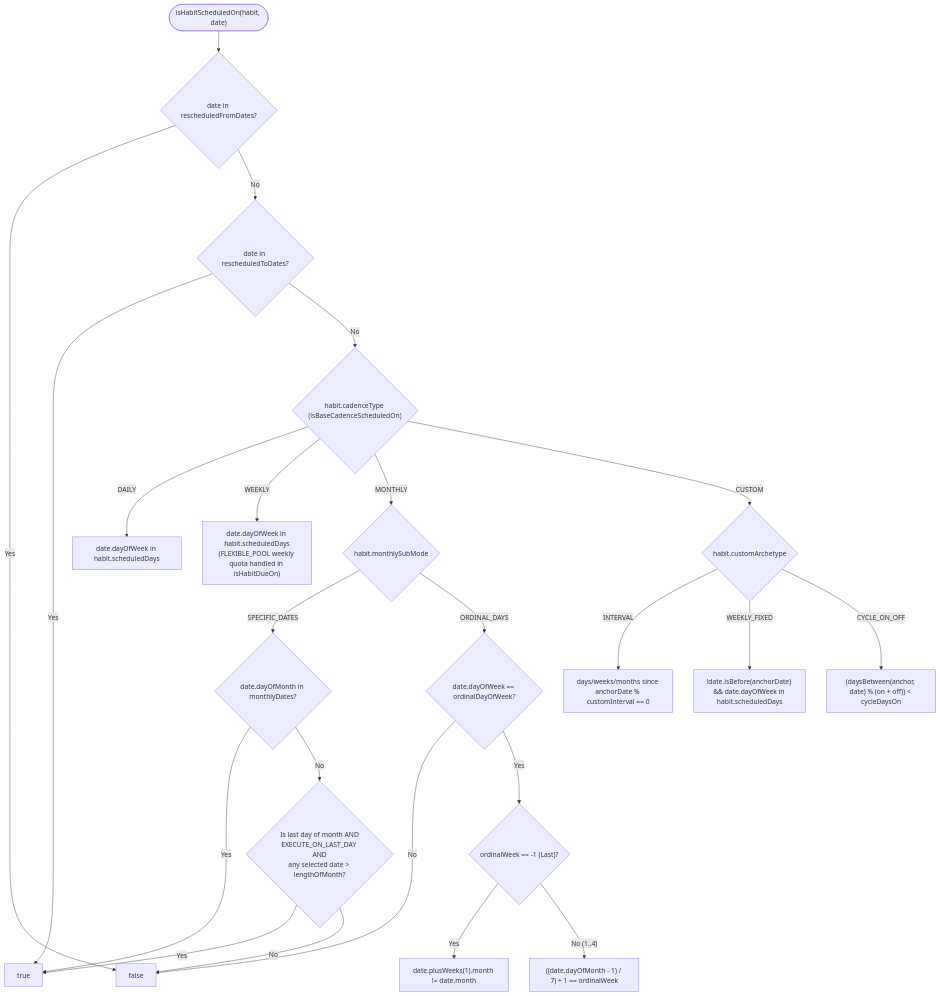
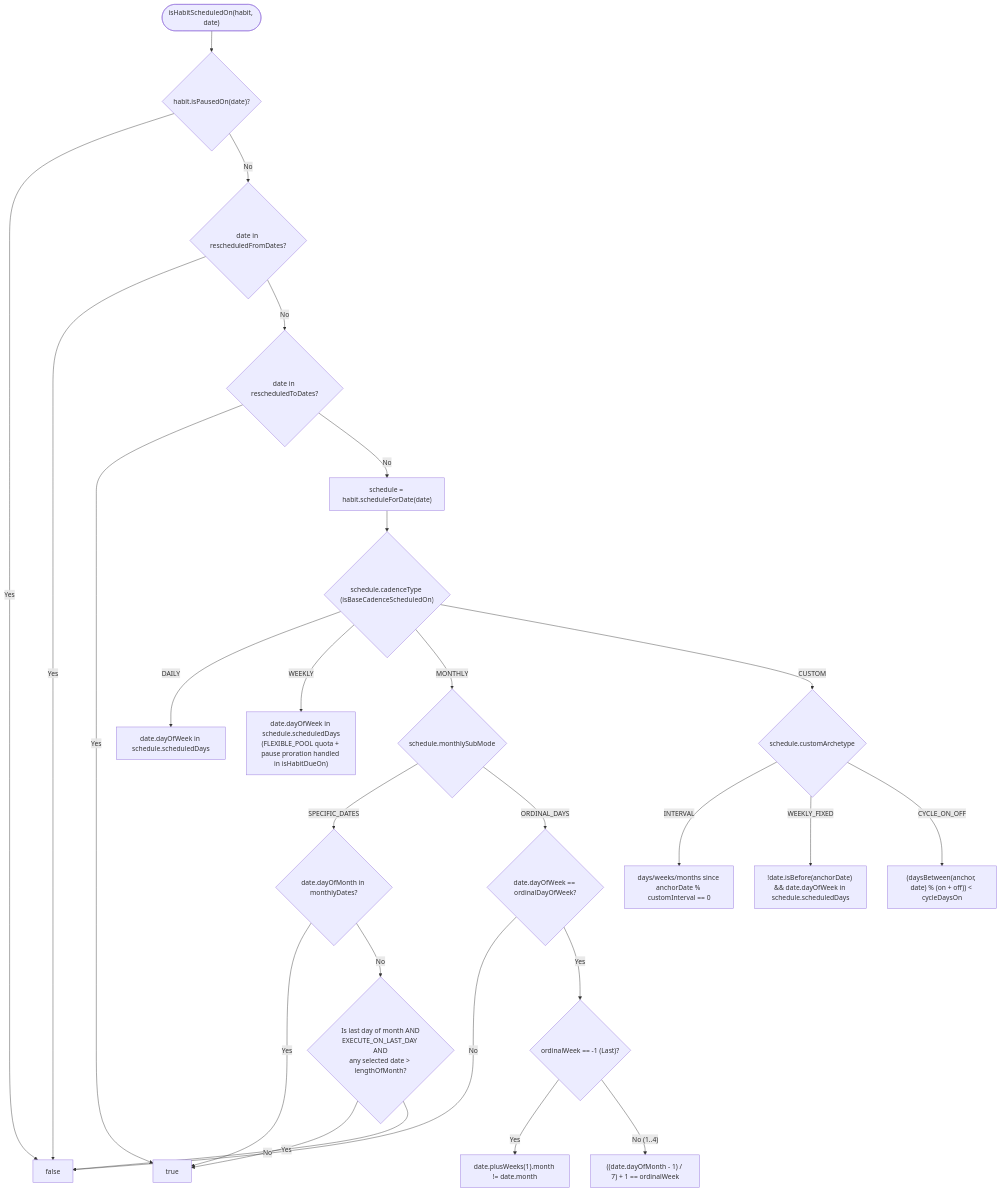
Before and after one commit to Vlad2000Andrei/rhythm: the second of 2 diagrams in docs/domain-and-cadence-engine.md, drawn with Mermaid. The commit also changed other lines of this file and 36 other files, not shown here.

First line of the commit message:
Add effective-dated habit edits, modular Room v5 schema, and habit pausing

````diff
--- a/docs/domain-and-cadence-engine.md
+++ b/docs/domain-and-cadence-engine.md
@@ -109,30 +161,33 @@
 ```mermaid
 flowchart TD
-    Start(["isHabitScheduledOn(habit, date)"]) --> ReschedFrom{"date in rescheduledFromDates?"}
+    Start(["isHabitScheduledOn(habit, date)"]) --> Paused{"habit.isPausedOn(date)?"}
+    Paused -- "Yes" --> MFalse["false"]
+    Paused -- "No" --> ReschedFrom{"date in rescheduledFromDates?"}
     ReschedFrom -- "Yes" --> MFalse["false"]
     ReschedFrom -- "No" --> ReschedTo{"date in rescheduledToDates?"}
     ReschedTo -- "Yes" --> MTrue["true"]
-    ReschedTo -- "No" --> Type{"habit.cadenceType (isBaseCadenceScheduledOn)"}
+    ReschedTo -- "No" --> Sched["schedule = habit.scheduleForDate(date)"]
+    Sched --> Type{"schedule.cadenceType (isBaseCadenceScheduledOn)"}
 
-    Type -- "DAILY" --> Daily["date.dayOfWeek in habit.scheduledDays"]
+    Type -- "DAILY" --> Daily["date.dayOfWeek in schedule.scheduledDays"]
 
-    Type -- "WEEKLY" --> WBase["date.dayOfWeek in habit.scheduledDays\n(FLEXIBLE_POOL weekly quota handled in isHabitDueOn)"]
+    Type -- "WEEKLY" --> WBase["date.dayOfWeek in schedule.scheduledDays\n(FLEXIBLE_POOL quota + pause proration handled in isHabitDueOn)"]
 
-    Type -- "MONTHLY" --> MMode{"habit.monthlySubMode"}
+    Type -- "MONTHLY" --> MMode{"schedule.monthlySubMode"}
     MMode -- "SPECIFIC_DATES" --> MSpec{"date.dayOfMonth in monthlyDates?"}
     MSpec -- "Yes" --> MTrue
     MSpec -- "No" --> ShortCheck{"Is last day of month AND\nEXECUTE_ON_LAST_DAY AND\nany selected date > lengthOfMonth?"}
     ShortCheck -- "Yes" --> MTrue
     ShortCheck -- "No" --> MFalse
 
     MMode -- "ORDINAL_DAYS" --> MOrd{"date.dayOfWeek == ordinalDayOfWeek?"}
     MOrd -- "No" --> MFalse
     MOrd -- "Yes" --> MWeek{"ordinalWeek == -1 (Last)?"}
     MWeek -- "Yes" --> MLast["date.plusWeeks(1).month != date.month"]
     MWeek -- "No (1..4)" --> MNth["((date.dayOfMonth - 1) / 7) + 1 == ordinalWeek"]
 
-    Type -- "CUSTOM" --> CArch{"habit.customArchetype"}
+    Type -- "CUSTOM" --> CArch{"schedule.customArchetype"}
     CArch -- "INTERVAL" --> CInt["days/weeks/months since anchorDate % customInterval == 0"]
-    CArch -- "WEEKLY_FIXED" --> CWk["!date.isBefore(anchorDate) && date.dayOfWeek in habit.scheduledDays"]
+    CArch -- "WEEKLY_FIXED" --> CWk["!date.isBefore(anchorDate) && date.dayOfWeek in schedule.scheduledDays"]
     CArch -- "CYCLE_ON_OFF" --> CCyc["(daysBetween(anchor, date) % (on + off)) < cycleDaysOn"]
 ```
````
